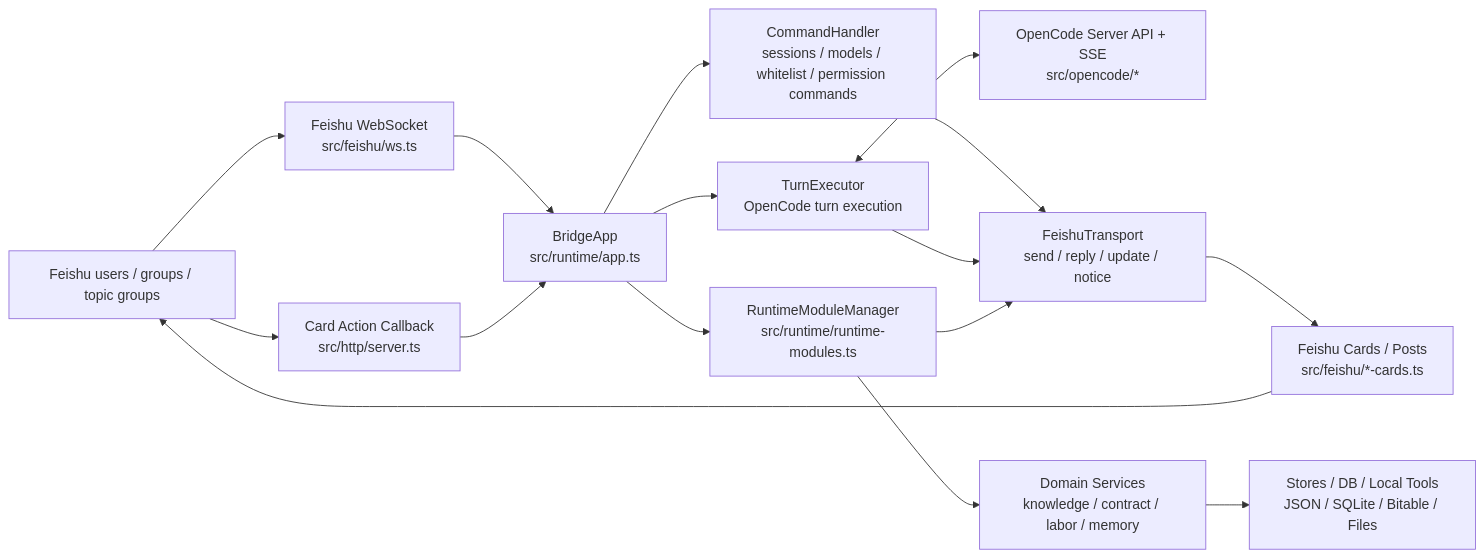
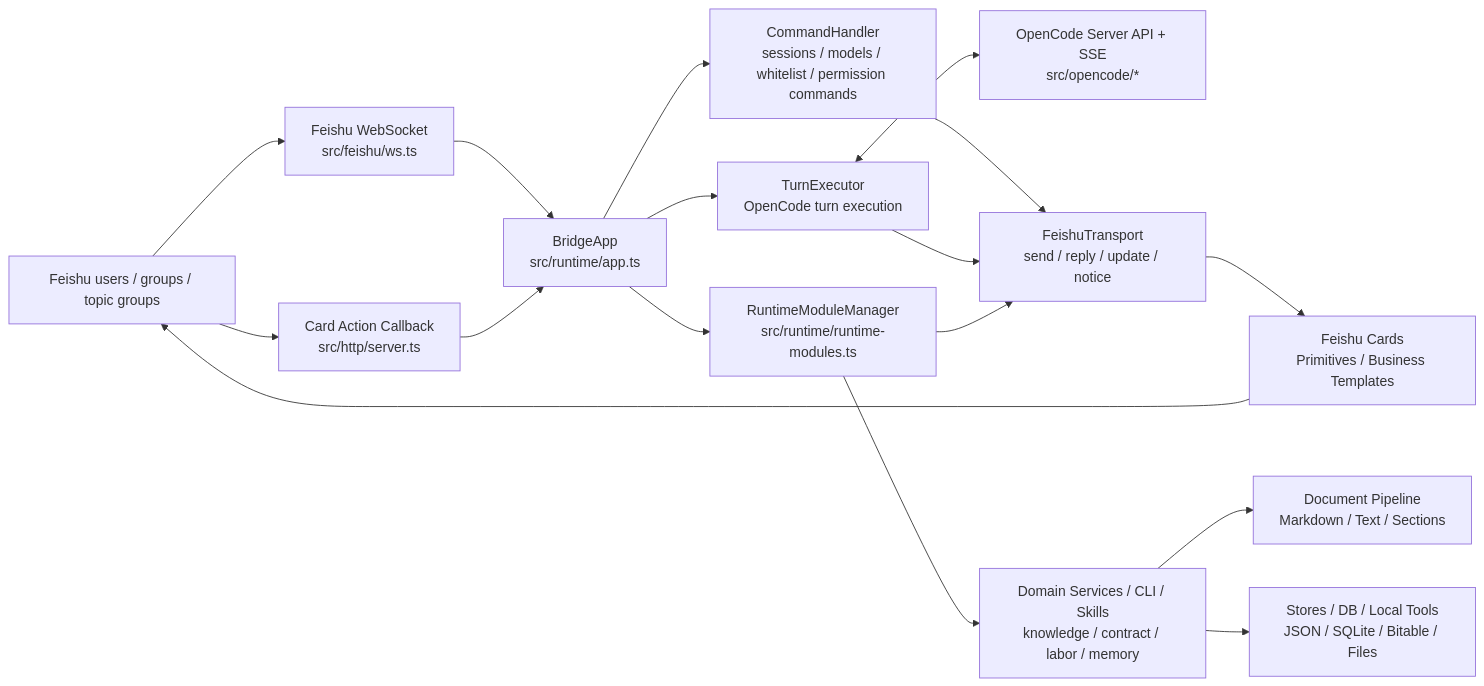
Before and after one commit to Clukay-Fun/feishu-opencode-bridge: the first of 2 diagrams in README.en.md, drawn with Mermaid. The commit also changed other lines of this file and 76 other files, not shown here.

````diff
--- a/README.en.md
+++ b/README.en.md
@@ -57,22 +60,23 @@
 ```mermaid
 flowchart LR
     user["Feishu users / groups / topic groups"] --> ws["Feishu WebSocket<br/>src/feishu/ws.ts"]
     user --> callback["Card Action Callback<br/>src/http/server.ts"]
 
     ws --> app["BridgeApp<br/>src/runtime/app.ts"]
     callback --> app
 
     app --> command["CommandHandler<br/>sessions / models / whitelist / permission commands"]
     app --> executor["TurnExecutor<br/>OpenCode turn execution"]
     app --> modules["RuntimeModuleManager<br/>src/runtime/runtime-modules.ts"]
 
     executor <--> opencode["OpenCode Server API + SSE<br/>src/opencode/*"]
-    modules --> services["Domain Services<br/>knowledge / contract / labor / memory"]
+    modules --> services["Domain Services / CLI / Skills<br/>knowledge / contract / labor / memory"]
+    services --> pipeline["Document Pipeline<br/>Markdown / Text / Sections"]
     services --> stores["Stores / DB / Local Tools<br/>JSON / SQLite / Bitable / Files"]
 
     command --> transport["FeishuTransport<br/>send / reply / update / notice"]
     executor --> transport
     modules --> transport
-    transport --> cards["Feishu Cards / Posts<br/>src/feishu/*-cards.ts"]
+    transport --> cards["Feishu Cards<br/>Primitives / Business Templates"]
     cards --> user
 ```
````
